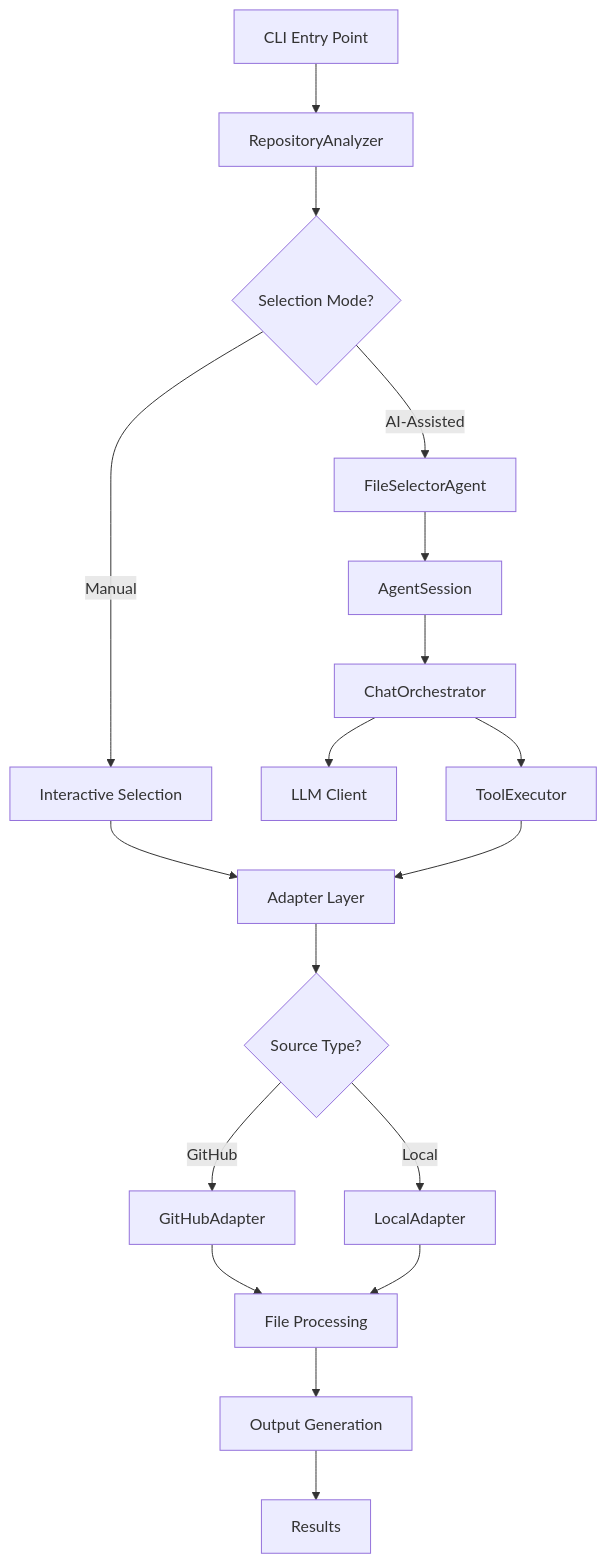
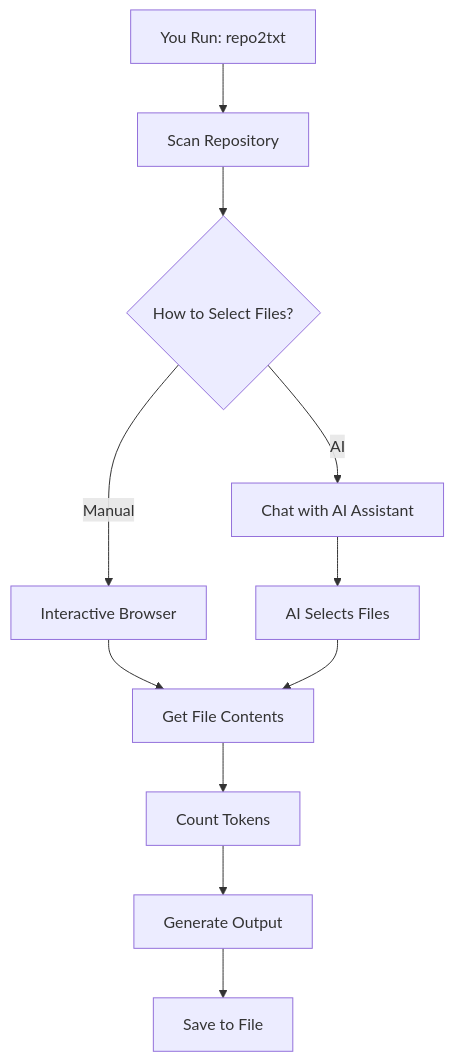
The diagram in docs/SYSTEM_DESIGN.md (NasonZ/Repo2Txt), drawn with Mermaid before and after one commit. The commit also changed other lines of this file and 7 other files, not shown here.

````diff
--- a/docs/SYSTEM_DESIGN.md
+++ b/docs/SYSTEM_DESIGN.md
@@ -24,23 +39,15 @@
 ```mermaid
 graph TD
-    A[CLI Entry Point] --> B[RepositoryAnalyzer]
-    B --> C{Selection Mode?}
-    C -->|Manual| D[Interactive Selection]
-    C -->|AI-Assisted| E[FileSelectorAgent]
+    A[You Run: repo2txt] --> B[Scan Repository]
+    B --> C{How to Select Files?}
+    C -->|Manual| D[Interactive Browser]
+    C -->|AI| E[Chat with AI Assistant]
     
-    D --> F[Adapter Layer]
-    E --> G[AgentSession]
-    G --> H[ChatOrchestrator]
-    H --> I[LLM Client]
-    H --> J[ToolExecutor]
-    J --> F
+    D --> F[Get File Contents]
+    E --> G[AI Selects Files] 
+    G --> F
     
-    F --> K{Source Type?}
-    K -->|GitHub| L[GitHubAdapter]
-    K -->|Local| M[LocalAdapter]
-    
-    L --> N[File Processing]
-    M --> N
-    N --> O[Output Generation]
-    O --> P[Results]
+    F --> H[Count Tokens]
+    H --> I[Generate Output]
+    I --> J[Save to File]
 ```
````
